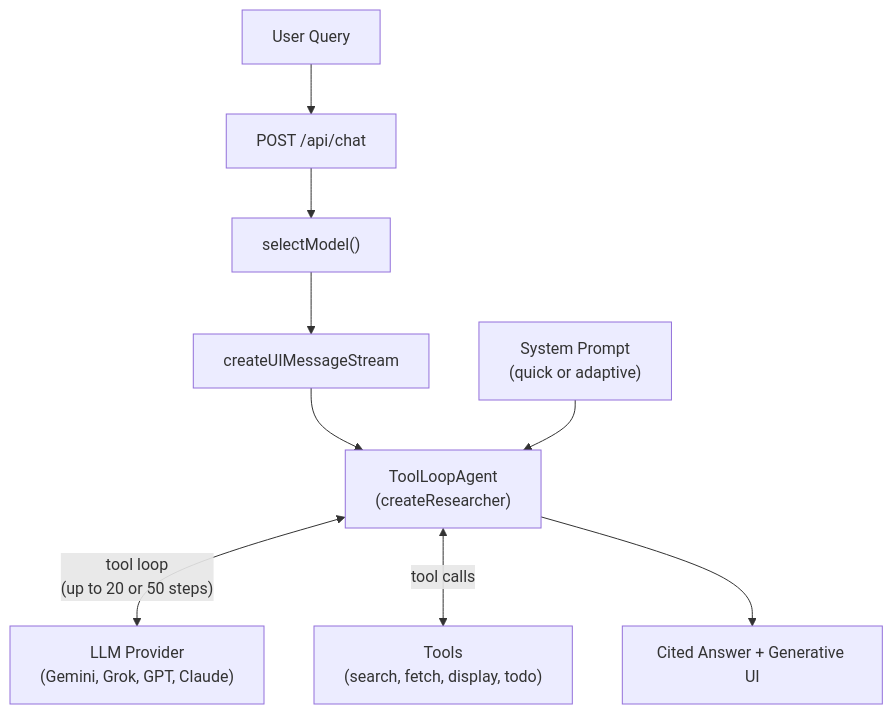
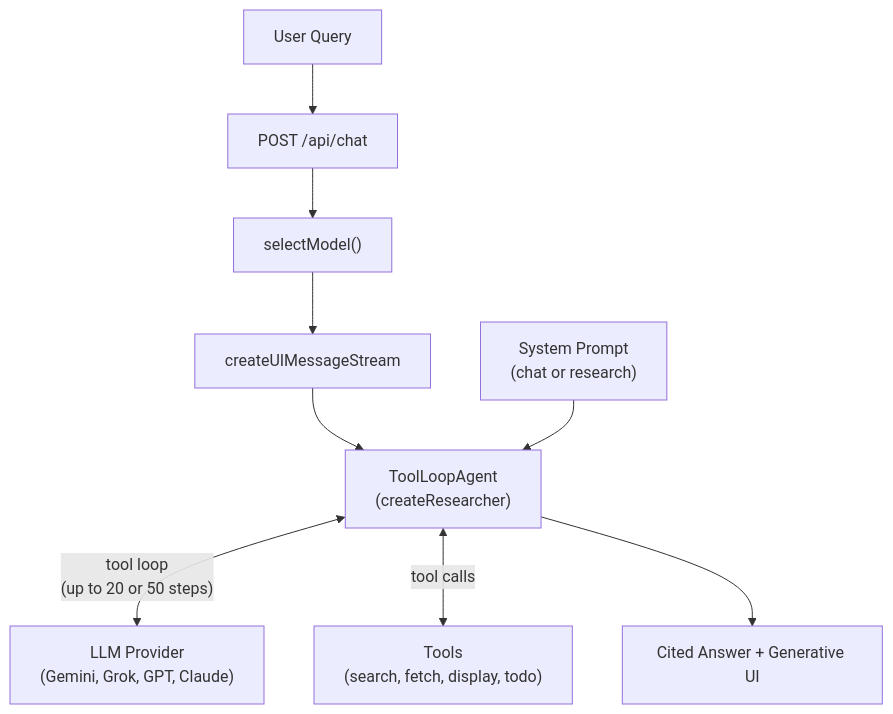
The first of 5 diagrams in docs/RESEARCH-AGENT.md (NickB03/polymorph), drawn with Mermaid before and after one commit. The commit also changed other lines of this file and 24 other files, not shown here.

First line of the commit message:
feat: rename search modes from Quick/Adaptive to Chat/Research Agent

````diff
--- a/docs/RESEARCH-AGENT.md
+++ b/docs/RESEARCH-AGENT.md
@@ -28,18 +28,18 @@
 ```mermaid
 graph TD
     User["User Query"]
     Route["POST /api/chat"]
     Select["selectModel()"]
     Stream["createUIMessageStream"]
     Agent["ToolLoopAgent<br/>(createResearcher)"]
-    Prompt["System Prompt<br/>(quick or adaptive)"]
+    Prompt["System Prompt<br/>(chat or research)"]
     Tools["Tools<br/>(search, fetch, display, todo)"]
     LLM["LLM Provider<br/>(Gemini, Grok, GPT, Claude)"]
     Answer["Cited Answer + Generative UI"]
 
     User --> Route --> Select --> Stream --> Agent
     Prompt --> Agent
     Agent <-->|"tool loop<br/>(up to 20 or 50 steps)"| LLM
     Agent <-->|"tool calls"| Tools
     Agent --> Answer
 ```
````
